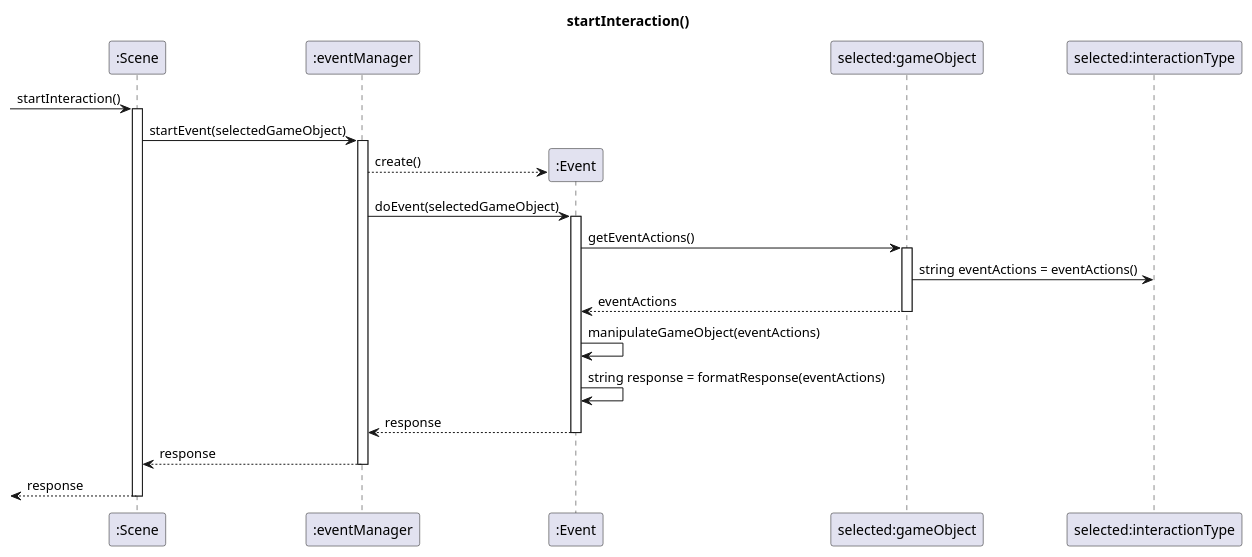
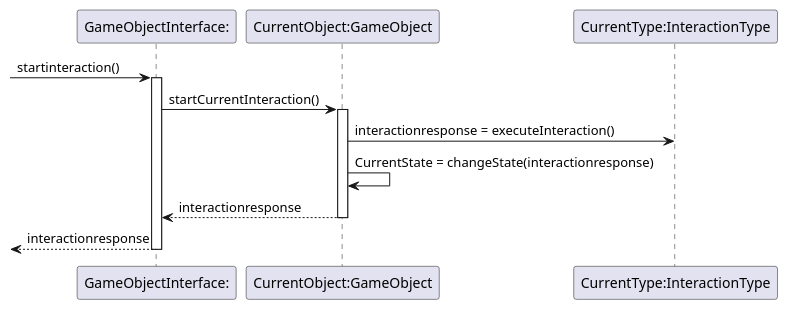
Before and after one commit to NoahHakansson/SE-PA1460: the diagram in startInteraction.pu, drawn with PlantUML. The commit also changed other lines of this file and 2 other files, not shown here.

Commit message:
updated interaction diagrams

```diff
--- a/startInteraction.pu
+++ b/startInteraction.pu
@@ -1,17 +1,6 @@
-@startuml
-
-title startInteraction()
-[-> ":Scene" ++ : startInteraction()
-":Scene" -> ":eventManager" ++ : startEvent(selectedGameObject)
-":eventManager" --> ":Event" ** : create()
-":eventManager" -> ":Event" ++: doEvent(selectedGameObject)
-":Event" -> "selected:gameObject" ++: getEventActions()
-"selected:gameObject" -> "selected:interactionType": string eventActions = eventActions()
-return eventActions
-":Event" -> ":Event": manipulateGameObject(eventActions)
-":Event" -> ":Event": string response = formatResponse(eventActions)
-return response 
-return response
-return response
-
-@enduml
+[-> "GameObjectInterface:" ++: startinteraction()
+"GameObjectInterface:" -> "CurrentObject:GameObject" ++: startCurrentInteraction()
+"CurrentObject:GameObject" -> "CurrentType:InteractionType": interactionresponse = executeInteraction()
+"CurrentObject:GameObject" -> "CurrentObject:GameObject": CurrentState = changeState(interactionresponse)
+return interactionresponse
+return interactionresponse
```
